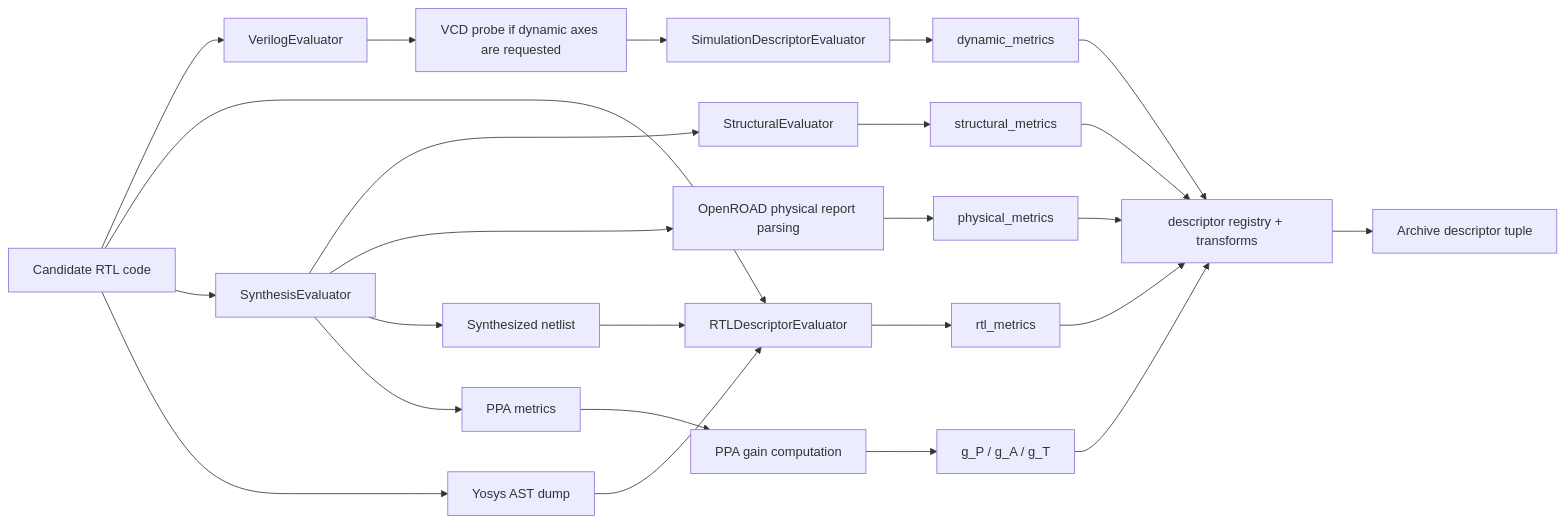
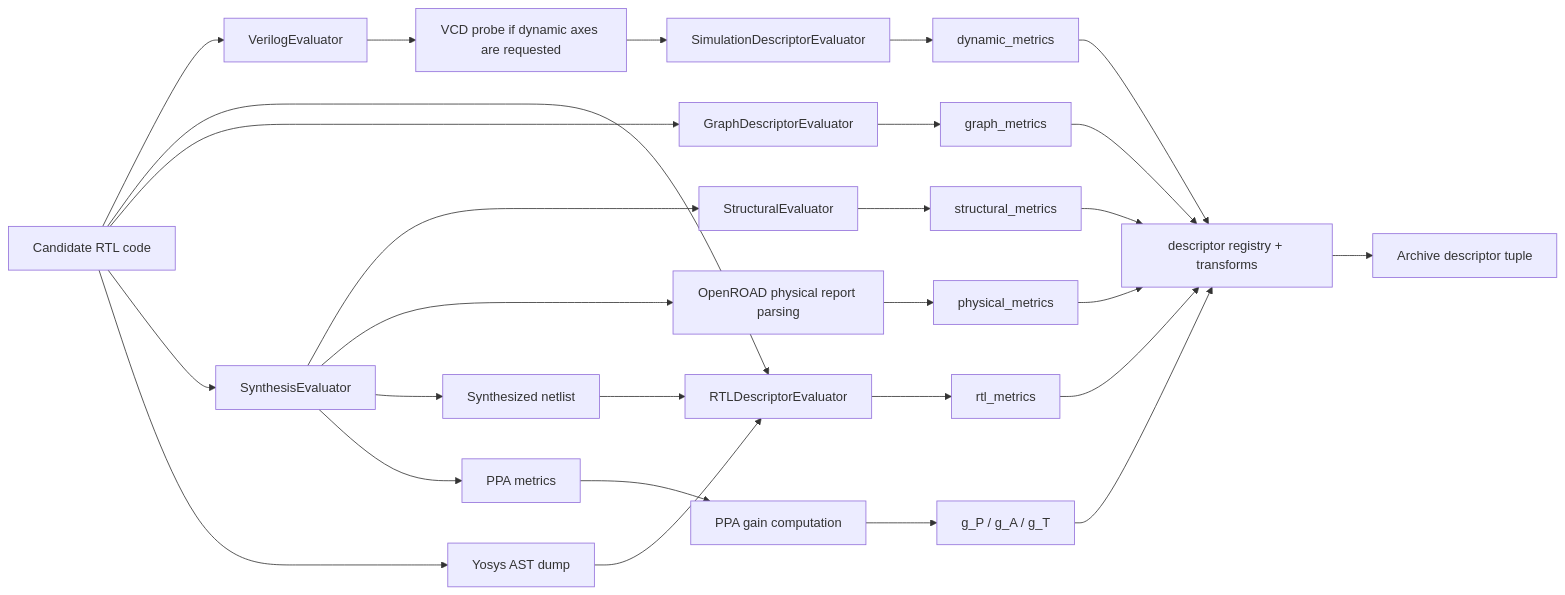
One commit to kmcho2019/REvolution changed the first of 3 diagrams in docs/qd_map_elites_guide.md. Above: the diagram before and after it, drawn with Mermaid. The commit also changed other lines of this file and 18 other files, not shown here.

````diff
--- a/docs/qd_map_elites_guide.md
+++ b/docs/qd_map_elites_guide.md
@@ -119,27 +120,30 @@
 ```mermaid
 flowchart LR
   A[Candidate RTL code] --> B[VerilogEvaluator]
   A --> C[RTLDescriptorEvaluator]
+  A --> C2[GraphDescriptorEvaluator]
   B --> D[VCD probe if dynamic axes are requested]
   A --> E[SynthesisEvaluator]
   E --> F[StructuralEvaluator]
   E --> G[OpenROAD physical report parsing]
   E --> H[Synthesized netlist]
   H --> C
   A --> I[Yosys AST dump]
   I --> C
   D --> J[SimulationDescriptorEvaluator]
   E --> K[PPA metrics]
   K --> L[PPA gain computation]
   F --> M[structural_metrics]
   C --> N[rtl_metrics]
+  C2 --> N2[graph_metrics]
   G --> O[physical_metrics]
   J --> P[dynamic_metrics]
   L --> Q[g_P / g_A / g_T]
   M --> R[descriptor registry + transforms]
   N --> R
+  N2 --> R
   O --> R
   P --> R
   Q --> R
   R --> S[Archive descriptor tuple]
 ```
````
